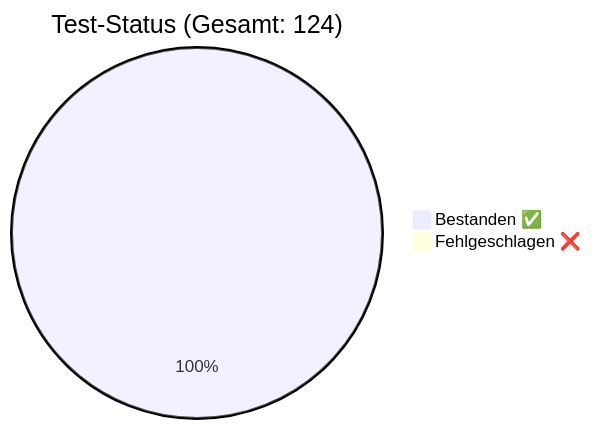
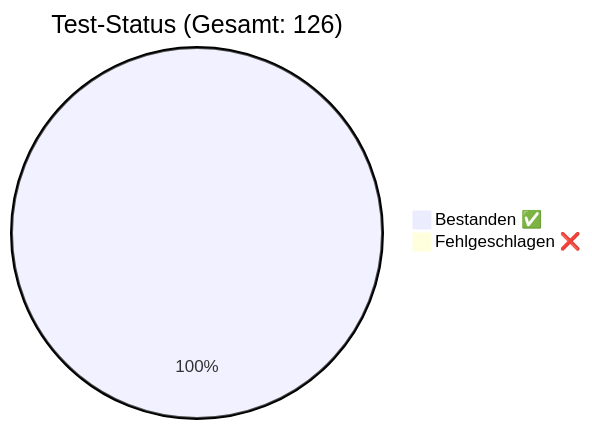
The diagram in docs/QA_Report.md (rorila/GCS), drawn with Mermaid before and after one commit. The commit also changed other lines of this file and 19 other files, not shown here.

````diff
--- a/docs/QA_Report.md
+++ b/docs/QA_Report.md
@@ -7,5 +7,5 @@
 ```mermaid
-pie title Test-Status (Gesamt: 124)
-    "Bestanden ✅" : 124
+pie title Test-Status (Gesamt: 126)
+    "Bestanden ✅" : 126
     "Fehlgeschlagen ❌" : 0
 ```
````
